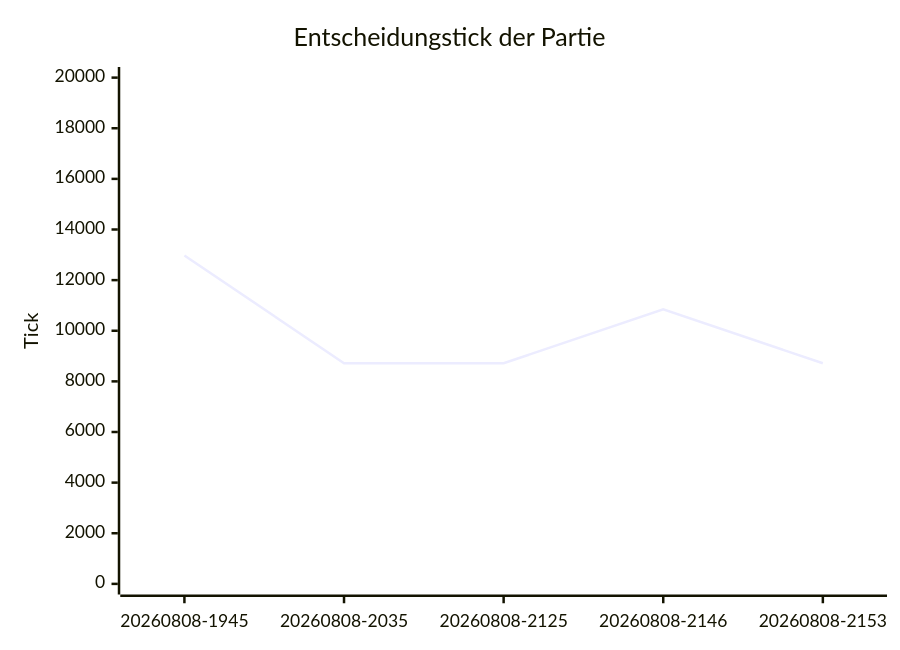
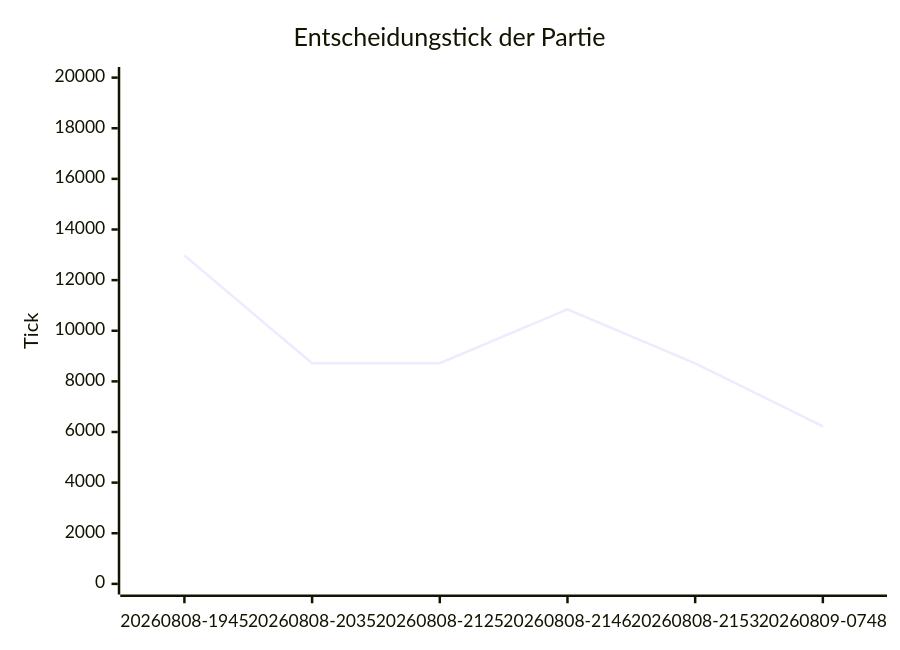
Before and after one commit to arn-c0de/Project_Nova: the first of 3 diagrams in tools/Nova.AiLab/reports/README.md, drawn with Mermaid. The commit also changed other lines of this file and 134 other files, not shown here.

````diff
--- a/tools/Nova.AiLab/reports/README.md
+++ b/tools/Nova.AiLab/reports/README.md
@@ -49,7 +50,7 @@
 ```mermaid
 xychart-beta
     title "Entscheidungstick der Partie"
-    x-axis ["20260808-1945", "20260808-2035", "20260808-2125", "20260808-2146", "20260808-2153"]
+    x-axis ["20260808-1945", "20260808-2035", "20260808-2125", "20260808-2146", "20260808-2153", "20260809-0748"]
     y-axis "Tick" 0 --> 20000
-    line [12975, 8715, 8715, 10847, 8715]
+    line [12975, 8715, 8715, 10847, 8715, 6223]
 ```
````
